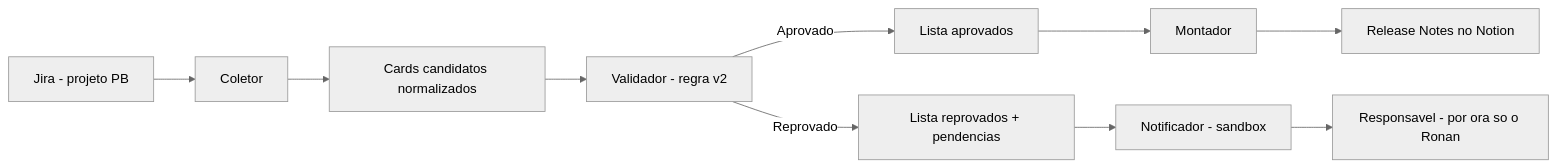
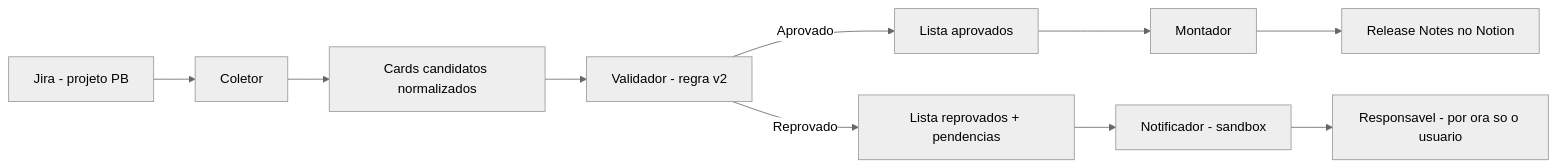
The first of 2 diagrams in spec/spec.md (BertoRcsb/workflow-automation-management), drawn with Mermaid (neutral theme) before and after one commit. The commit also changed other lines of this file and 57 other files, not shown here.

First line of the commit message:
docs: replace approver name with 'usuário' and restyle all diagrams

````diff
--- a/spec/spec.md
+++ b/spec/spec.md
@@ -49,12 +49,12 @@
 ```mermaid
 flowchart LR
     A[Jira - projeto PB] --> B[Coletor]
     B --> C[Cards candidatos normalizados]
     C --> D[Validador - regra v2]
     D -->|Aprovado| E[Lista aprovados]
     D -->|Reprovado| F[Lista reprovados + pendencias]
     E --> G[Montador]
     G --> H[Release Notes no Notion]
     F --> I[Notificador - sandbox]
-    I --> J[Responsavel - por ora so o Ronan]
+    I --> J[Responsavel - por ora so o usuario]
 ```
````
